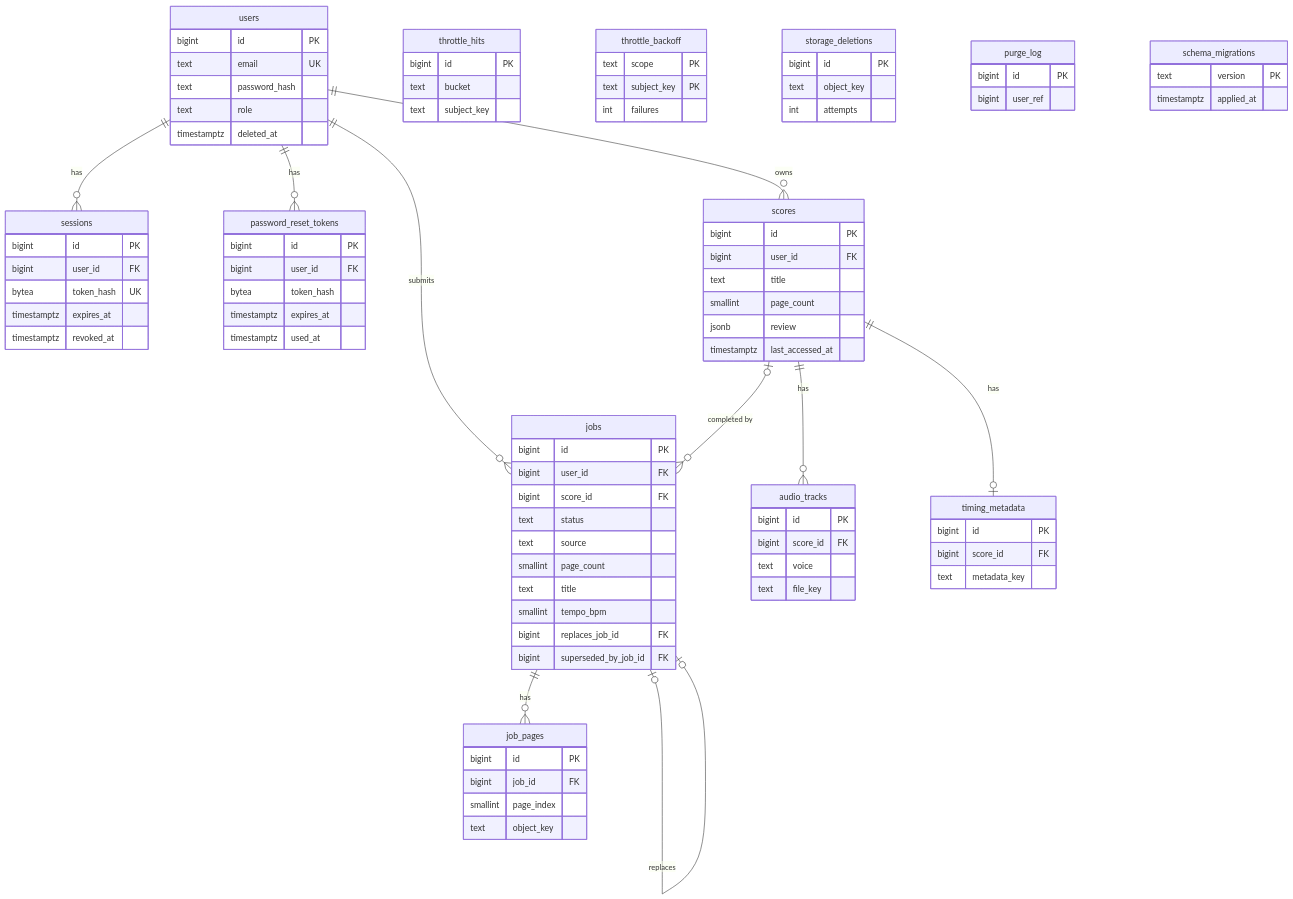
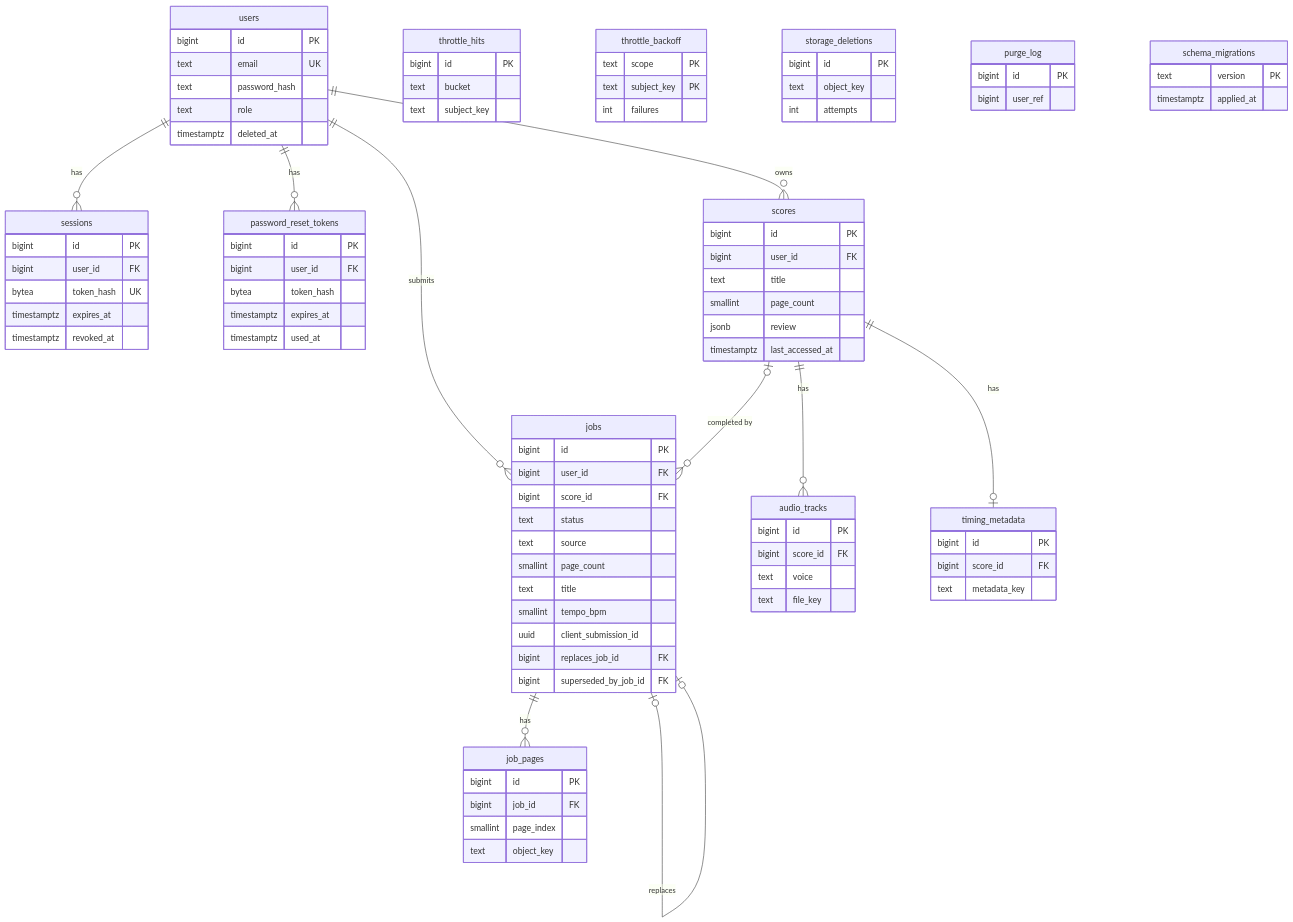
The diagram in docs/backend/erd.md (pineappleapi/PiyaNota), drawn with Mermaid before and after one commit. The commit also changed other lines of this file and 8 other files, not shown here.

```diff
--- a/docs/backend/erd.md
+++ b/docs/backend/erd.md
@@ -49,6 +49,7 @@
         smallint page_count
         text title
         smallint tempo_bpm
+        uuid client_submission_id
         bigint replaces_job_id FK
         bigint superseded_by_job_id FK
     }
```
